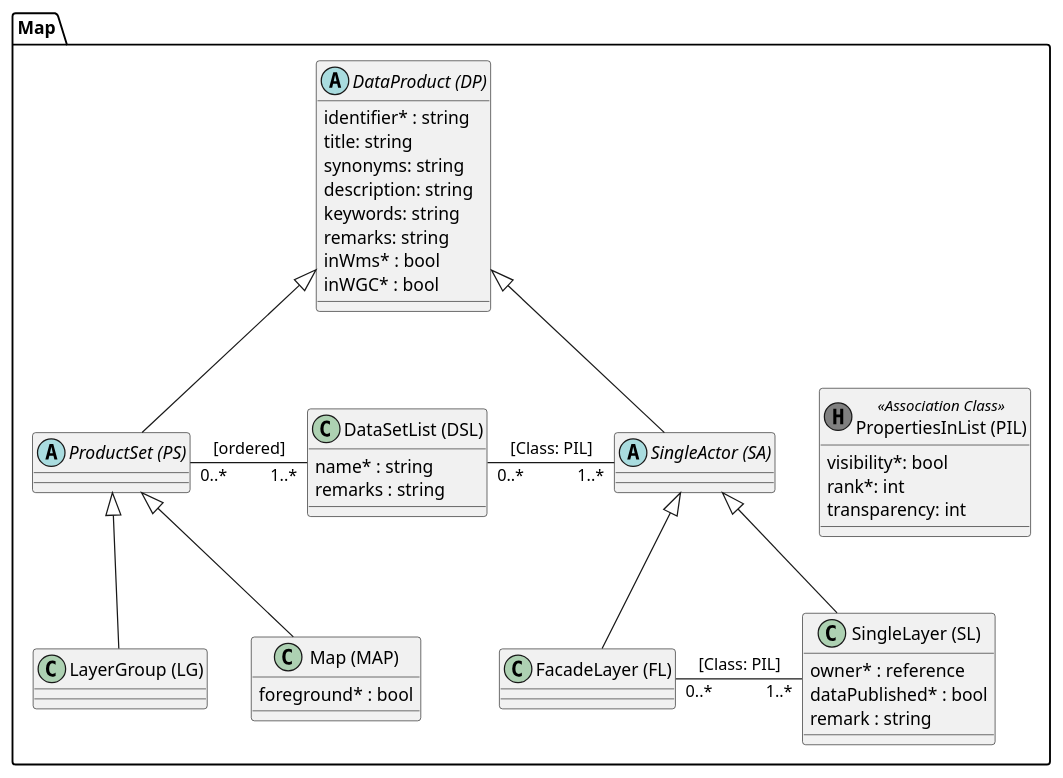
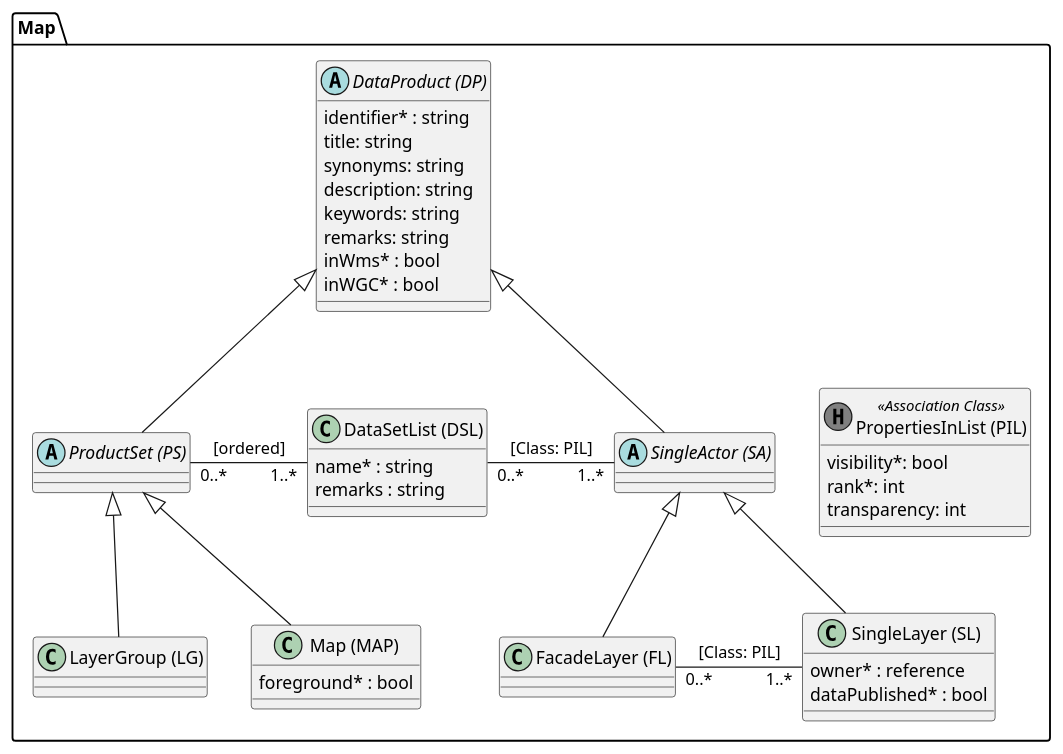
The diagram in puml/src/simi_map.puml (simi-so/mm), drawn with PlantUML before and after one commit. The commit also changed 17 other files, not shown here.

```diff
--- a/puml/src/simi_map.puml
+++ b/puml/src/simi_map.puml
@@ -1,60 +1,59 @@
 @startuml
 
 package Map {
   abstract class "DataProduct (DP)" as dp {
       identifier* : string
       title: string
       synonyms: string
       description: string
       keywords: string
       remarks: string
       inWms* : bool
       inWGC* : bool
   }
   
   abstract class "ProductSet (PS)" as ps
   class "LayerGroup (LG)" as lg
 
   class "Map (MAP)" as map {
     foreground* : bool
   }
   
   class "DataSetList (DSL)" as dsl {
     name* : string
     remarks : string
   }
   
   abstract class "SingleActor (SA)" as sa
 
   class "FacadeLayer (FL)" as fl
 
   class "SingleLayer (SL)" as sl {
     owner* : reference
     dataPublished* : bool
-    remark : string
   }
   
   class "PropertiesInList (PIL)" as pil << (H, grey) Association Class >> {
   	visibility*: bool
     rank*: int
     transparency: int
   }
   
   dp <|-- ps
   ps <|-- lg
   ps <|-- map
   
   dp <|-- sa
   sa <|-- sl
   sa <|-- fl
   
   ps "0..*" - "1..*" dsl : [ordered]
   
   dsl "0..*" - "1..*" sa : [Class: PIL]  
   fl "0..*" - "1..*" sl : [Class: PIL]
   
   ' layout help
   sa -[hidden]> pil
 }
 
 @enduml
```
